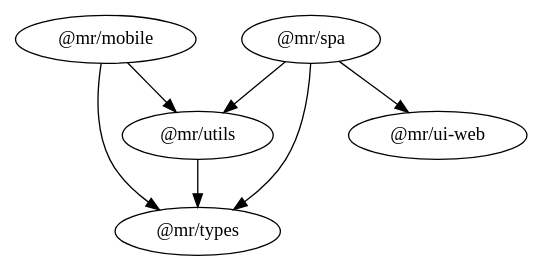
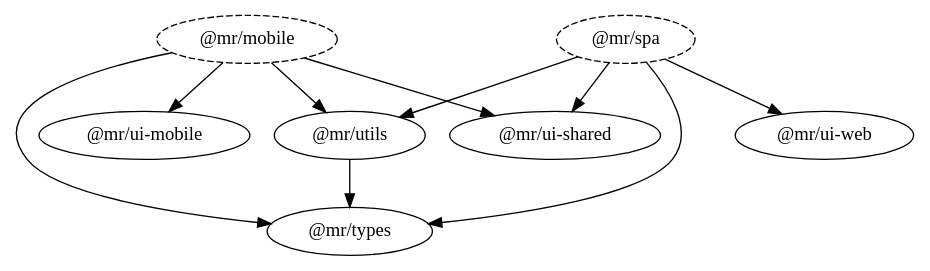
The diagram in dependency-graph.dot (joaoantunes87/monorepo), drawn with Graphviz before and after one commit. The commit also changed 1 other file, not shown here.

Commit message:
Dependency graph

```diff
--- a/dependency-graph.dot
+++ b/dependency-graph.dot
@@ -1,13 +1,18 @@
 digraph G {
-  "@mr/mobile";
+  "@mr/mobile" [ style = "dashed" ];
   "@mr/types";
+  "@mr/ui-mobile";
+  "@mr/ui-shared";
   "@mr/utils";
-  "@mr/spa";
+  "@mr/spa" [ style = "dashed" ];
   "@mr/ui-web";
   "@mr/mobile" -> "@mr/types";
+  "@mr/mobile" -> "@mr/ui-mobile";
+  "@mr/mobile" -> "@mr/ui-shared";
   "@mr/mobile" -> "@mr/utils";
   "@mr/spa" -> "@mr/types";
+  "@mr/spa" -> "@mr/ui-shared";
   "@mr/spa" -> "@mr/ui-web";
   "@mr/spa" -> "@mr/utils";
   "@mr/utils" -> "@mr/types";
 }
```
